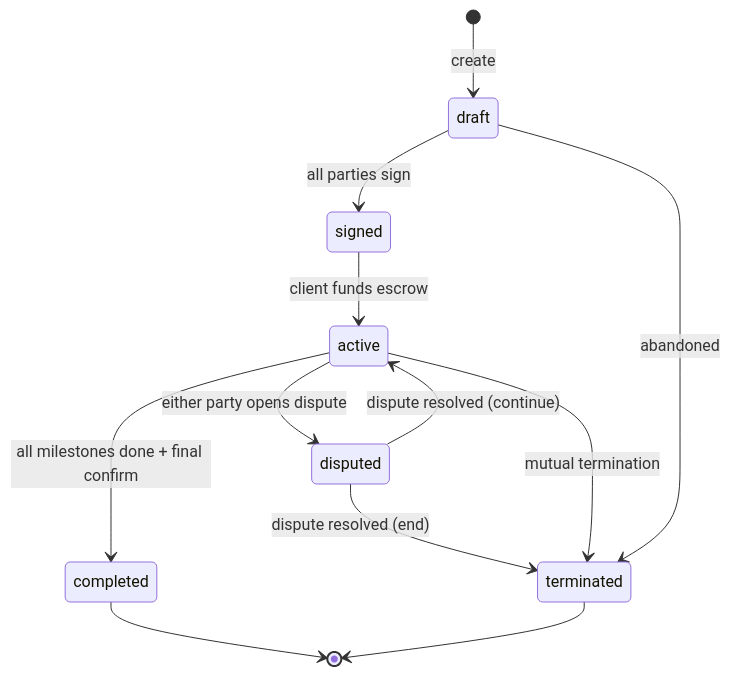
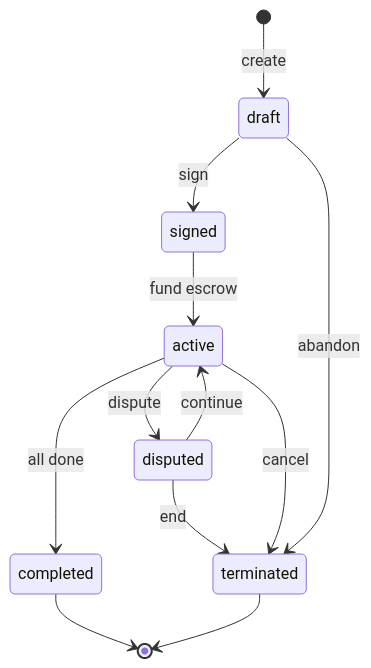
One commit to claw-network/clawnet changed the first of 3 diagrams in packages/docs/content/docs/getting-started/core-concepts/service-contracts.md. Above: the diagram before and after it, drawn with Mermaid. The commit also changed other lines of this file and 14 other files, not shown here.

First line of the commit message:
Refactor diagrams and improve clarity in DAO, Identity, Markets, Reputation, Service Contracts, and Wallet documentation

````diff
--- a/packages/docs/content/docs/getting-started/core-concepts/service-contracts.md
+++ b/packages/docs/content/docs/getting-started/core-concepts/service-contracts.md
@@ -42,14 +42,14 @@
 ```mermaid
 stateDiagram-v2
-    [*] --> draft: create
-    draft --> signed: all parties sign
-    signed --> active: client funds escrow
-    active --> completed: all milestones done + final confirm
-    active --> disputed: either party opens dispute
-    disputed --> active: dispute resolved (continue)
-    disputed --> terminated: dispute resolved (end)
-    active --> terminated: mutual termination
-    draft --> terminated: abandoned
+    [*] --> draft : create
+    draft --> signed : sign
+    signed --> active : fund escrow
+    active --> completed : all done
+    active --> disputed : dispute
+    disputed --> active : continue
+    disputed --> terminated : end
+    active --> terminated : cancel
+    draft --> terminated : abandon
     completed --> [*]
     terminated --> [*]
 ```
````
